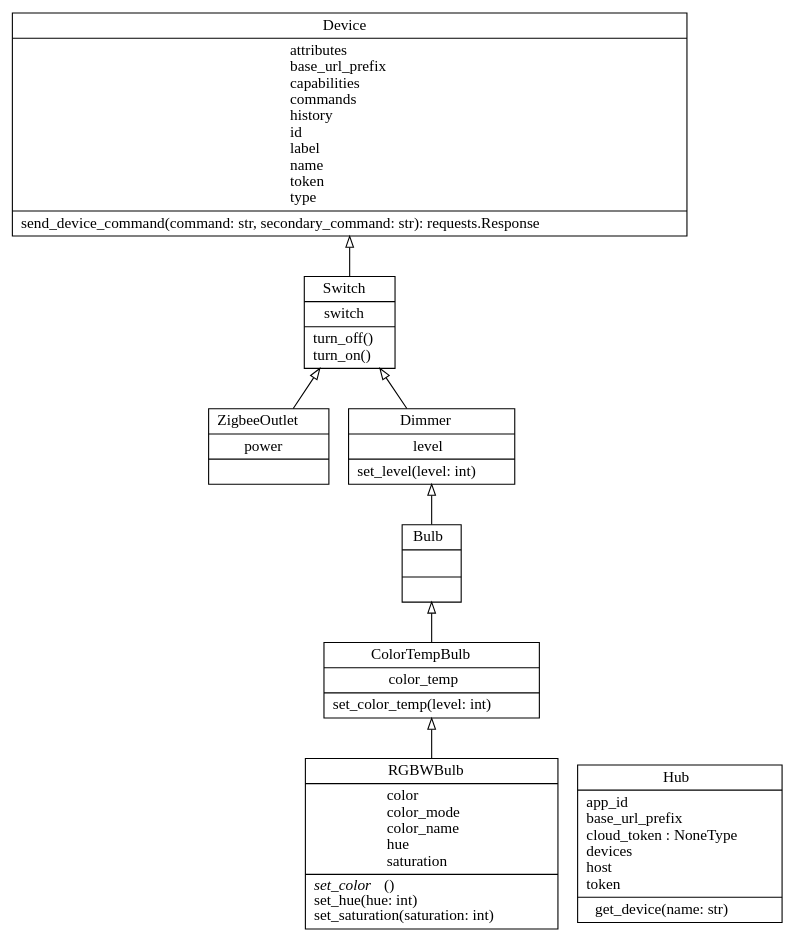
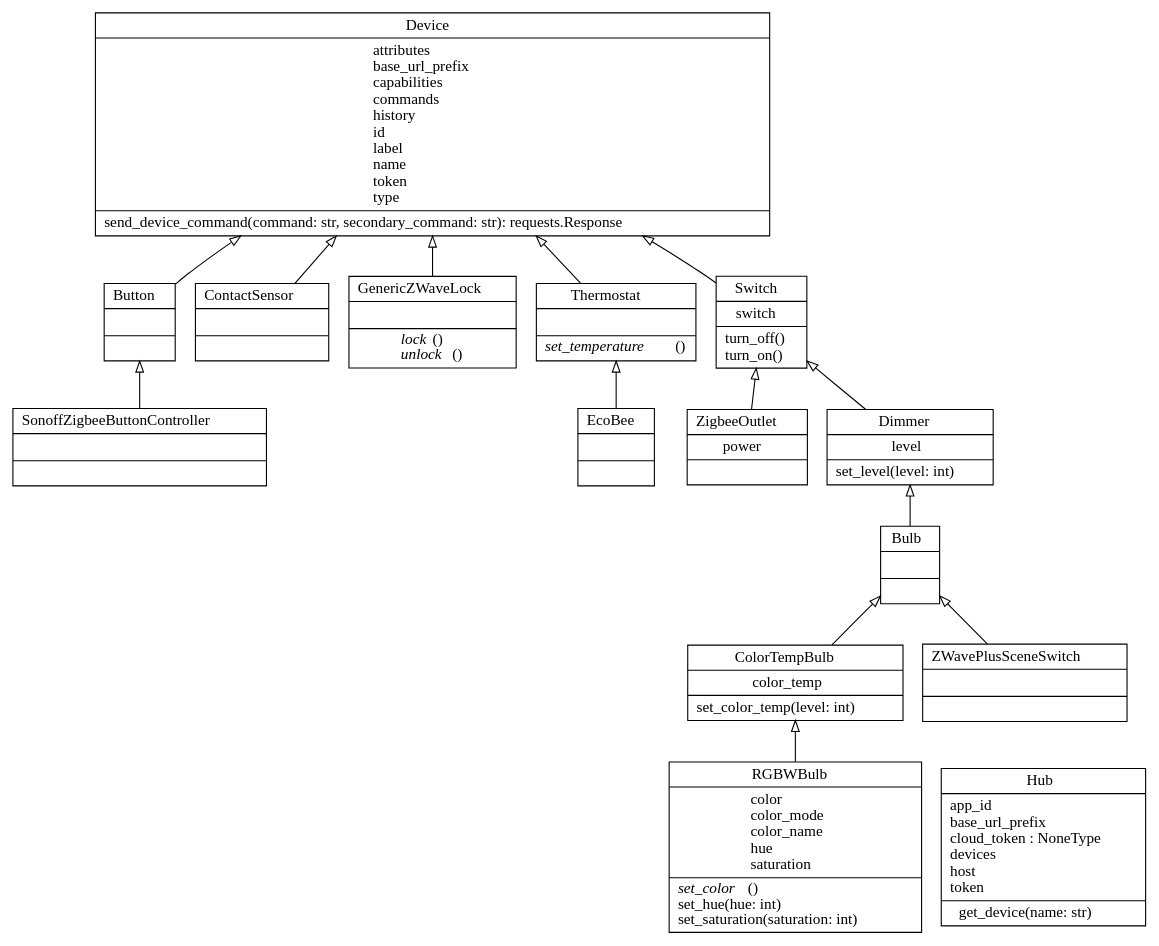
Before and after one commit to Jelloeater/hubitatcontrol: the diagram in docs/classes.dot, drawn with Graphviz. The commit also changed 11 other files, not shown here.

Commit message:
Added TODOs for Roadmaps

```diff
--- a/docs/classes.dot
+++ b/docs/classes.dot
@@ -1,18 +1,32 @@
 digraph "classes" {
 rankdir=BT
 charset="utf-8"
 "hubitatcontrol.lights.Bulb" [color="black", fontcolor="black", label=<{Bulb|<br ALIGN="LEFT"/>|}>, shape="record", style="solid"];
+"hubitatcontrol.generic.Button" [color="black", fontcolor="black", label=<{Button|<br ALIGN="LEFT"/>|}>, shape="record", style="solid"];
 "hubitatcontrol.lights.ColorTempBulb" [color="black", fontcolor="black", label=<{ColorTempBulb|color_temp<br ALIGN="LEFT"/>|set_color_temp(level: int)<br ALIGN="LEFT"/>}>, shape="record", style="solid"];
+"hubitatcontrol.sensors.ContactSensor" [color="black", fontcolor="black", label=<{ContactSensor|<br ALIGN="LEFT"/>|}>, shape="record", style="solid"];
 "hubitatcontrol.hub.Device" [color="black", fontcolor="black", label=<{Device|attributes<br ALIGN="LEFT"/>base_url_prefix<br ALIGN="LEFT"/>capabilities<br ALIGN="LEFT"/>commands<br ALIGN="LEFT"/>history<br ALIGN="LEFT"/>id<br ALIGN="LEFT"/>label<br ALIGN="LEFT"/>name<br ALIGN="LEFT"/>token<br ALIGN="LEFT"/>type<br ALIGN="LEFT"/>|send_device_command(command: str, secondary_command: str): requests.Response<br ALIGN="LEFT"/>}>, shape="record", style="solid"];
 "hubitatcontrol.lights.Dimmer" [color="black", fontcolor="black", label=<{Dimmer|level<br ALIGN="LEFT"/>|set_level(level: int)<br ALIGN="LEFT"/>}>, shape="record", style="solid"];
+"hubitatcontrol.generic.EcoBee" [color="black", fontcolor="black", label=<{EcoBee|<br ALIGN="LEFT"/>|}>, shape="record", style="solid"];
+"hubitatcontrol.generic.GenericZWaveLock" [color="black", fontcolor="black", label=<{GenericZWaveLock|<br ALIGN="LEFT"/>|<I>lock</I>()<br ALIGN="LEFT"/><I>unlock</I>()<br ALIGN="LEFT"/>}>, shape="record", style="solid"];
 "hubitatcontrol.hub.Hub" [color="black", fontcolor="black", label=<{Hub|app_id<br ALIGN="LEFT"/>base_url_prefix<br ALIGN="LEFT"/>cloud_token : NoneType<br ALIGN="LEFT"/>devices<br ALIGN="LEFT"/>host<br ALIGN="LEFT"/>token<br ALIGN="LEFT"/>|get_device(name: str)<br ALIGN="LEFT"/>}>, shape="record", style="solid"];
 "hubitatcontrol.lights.RGBWBulb" [color="black", fontcolor="black", label=<{RGBWBulb|color<br ALIGN="LEFT"/>color_mode<br ALIGN="LEFT"/>color_name<br ALIGN="LEFT"/>hue<br ALIGN="LEFT"/>saturation<br ALIGN="LEFT"/>|<I>set_color</I>()<br ALIGN="LEFT"/>set_hue(hue: int)<br ALIGN="LEFT"/>set_saturation(saturation: int)<br ALIGN="LEFT"/>}>, shape="record", style="solid"];
+"hubitatcontrol.generic.SonoffZigbeeButtonController" [color="black", fontcolor="black", label=<{SonoffZigbeeButtonController|<br ALIGN="LEFT"/>|}>, shape="record", style="solid"];
 "hubitatcontrol.generic.Switch" [color="black", fontcolor="black", label=<{Switch|switch<br ALIGN="LEFT"/>|turn_off()<br ALIGN="LEFT"/>turn_on()<br ALIGN="LEFT"/>}>, shape="record", style="solid"];
+"hubitatcontrol.generic.Thermostat" [color="black", fontcolor="black", label=<{Thermostat|<br ALIGN="LEFT"/>|<I>set_temperature</I>()<br ALIGN="LEFT"/>}>, shape="record", style="solid"];
+"hubitatcontrol.lights.ZWavePlusSceneSwitch" [color="black", fontcolor="black", label=<{ZWavePlusSceneSwitch|<br ALIGN="LEFT"/>|}>, shape="record", style="solid"];
 "hubitatcontrol.generic.ZigbeeOutlet" [color="black", fontcolor="black", label=<{ZigbeeOutlet|power<br ALIGN="LEFT"/>|}>, shape="record", style="solid"];
+"hubitatcontrol.generic.Button" -> "hubitatcontrol.hub.Device" [arrowhead="empty", arrowtail="none"];
+"hubitatcontrol.generic.EcoBee" -> "hubitatcontrol.generic.Thermostat" [arrowhead="empty", arrowtail="none"];
+"hubitatcontrol.generic.GenericZWaveLock" -> "hubitatcontrol.hub.Device" [arrowhead="empty", arrowtail="none"];
+"hubitatcontrol.generic.SonoffZigbeeButtonController" -> "hubitatcontrol.generic.Button" [arrowhead="empty", arrowtail="none"];
 "hubitatcontrol.generic.Switch" -> "hubitatcontrol.hub.Device" [arrowhead="empty", arrowtail="none"];
+"hubitatcontrol.generic.Thermostat" -> "hubitatcontrol.hub.Device" [arrowhead="empty", arrowtail="none"];
 "hubitatcontrol.generic.ZigbeeOutlet" -> "hubitatcontrol.generic.Switch" [arrowhead="empty", arrowtail="none"];
 "hubitatcontrol.lights.Bulb" -> "hubitatcontrol.lights.Dimmer" [arrowhead="empty", arrowtail="none"];
 "hubitatcontrol.lights.ColorTempBulb" -> "hubitatcontrol.lights.Bulb" [arrowhead="empty", arrowtail="none"];
 "hubitatcontrol.lights.Dimmer" -> "hubitatcontrol.generic.Switch" [arrowhead="empty", arrowtail="none"];
 "hubitatcontrol.lights.RGBWBulb" -> "hubitatcontrol.lights.ColorTempBulb" [arrowhead="empty", arrowtail="none"];
+"hubitatcontrol.lights.ZWavePlusSceneSwitch" -> "hubitatcontrol.lights.Bulb" [arrowhead="empty", arrowtail="none"];
+"hubitatcontrol.sensors.ContactSensor" -> "hubitatcontrol.hub.Device" [arrowhead="empty", arrowtail="none"];
 }
```
